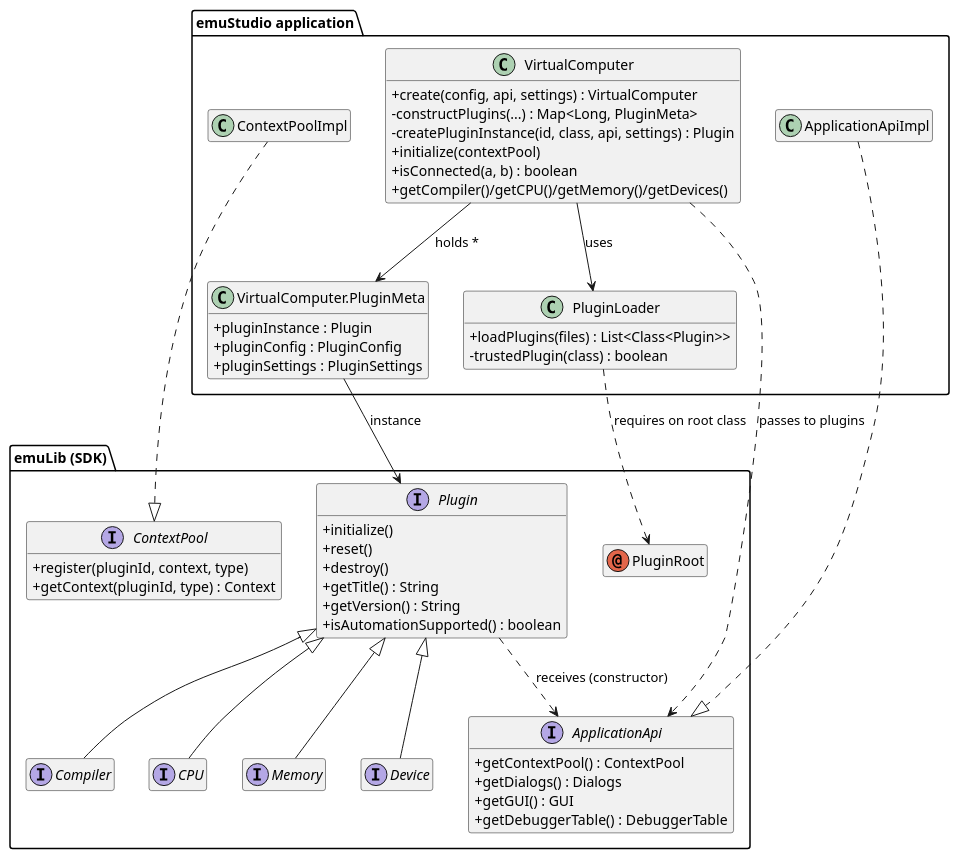
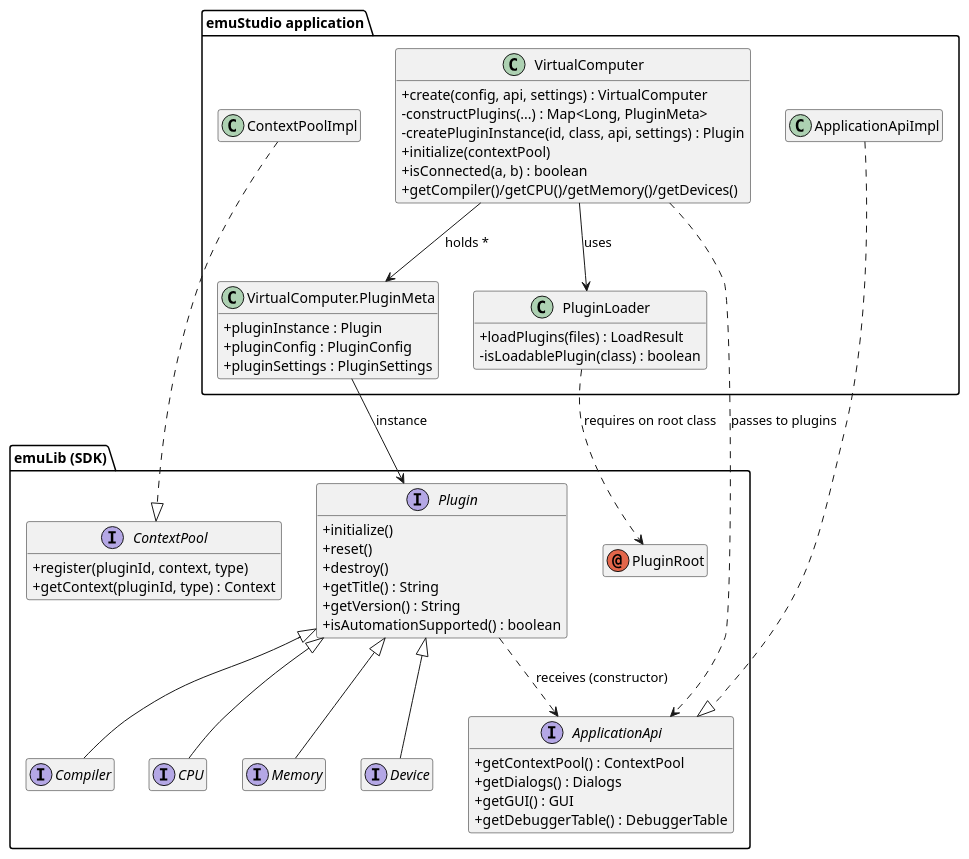
The first of 2 diagrams in docs/code.adoc (emustudio/emuStudio), drawn with PlantUML before and after one commit. The commit also changed other lines of this file and 33 other files, not shown here.

First line of the commit message:
[#406] Remediate architecture review findings

```diff
--- a/docs/code.adoc
+++ b/docs/code.adoc
@@ -20,71 +20,71 @@
 [plantuml,c4-code-plugin-model,svg]
 ----
 @startuml
 skinparam classAttributeIconSize 0
 hide empty members
 
 package "emuLib (SDK)" {
     interface Plugin {
         +initialize()
         +reset()
         +destroy()
         +getTitle() : String
         +getVersion() : String
         +isAutomationSupported() : boolean
     }
     interface Compiler
     interface CPU
     interface Memory
     interface Device
 
     Plugin <|-- Compiler
     Plugin <|-- CPU
     Plugin <|-- Memory
     Plugin <|-- Device
 
     interface ApplicationApi {
         +getContextPool() : ContextPool
         +getDialogs() : Dialogs
         +getGUI() : GUI
         +getDebuggerTable() : DebuggerTable
     }
     interface ContextPool {
         +register(pluginId, context, type)
         +getContext(pluginId, type) : Context
     }
 
     annotation PluginRoot
 }
 
 package "emuStudio application" {
     class VirtualComputer {
         +create(config, api, settings) : VirtualComputer
         -constructPlugins(...) : Map<Long, PluginMeta>
         -createPluginInstance(id, class, api, settings) : Plugin
         +initialize(contextPool)
         +isConnected(a, b) : boolean
         +getCompiler()/getCPU()/getMemory()/getDevices()
     }
     class PluginLoader {
-        +loadPlugins(files) : List<Class<Plugin>>
-        -trustedPlugin(class) : boolean
+        +loadPlugins(files) : LoadResult
+        -isLoadablePlugin(class) : boolean
     }
     class ContextPoolImpl
     class ApplicationApiImpl
     class "VirtualComputer.PluginMeta" as PluginMeta {
         +pluginInstance : Plugin
         +pluginConfig : PluginConfig
         +pluginSettings : PluginSettings
     }
 }
 
 VirtualComputer --> PluginLoader : uses
 VirtualComputer --> PluginMeta : holds *
 PluginMeta --> Plugin : instance
 VirtualComputer ..> ApplicationApi : passes to plugins
 ApplicationApiImpl ..|> ApplicationApi
 ContextPoolImpl ..|> ContextPool
 PluginLoader ..> PluginRoot : requires on root class
 Plugin ..> ApplicationApi : receives (constructor)
 @enduml
 ----
```
